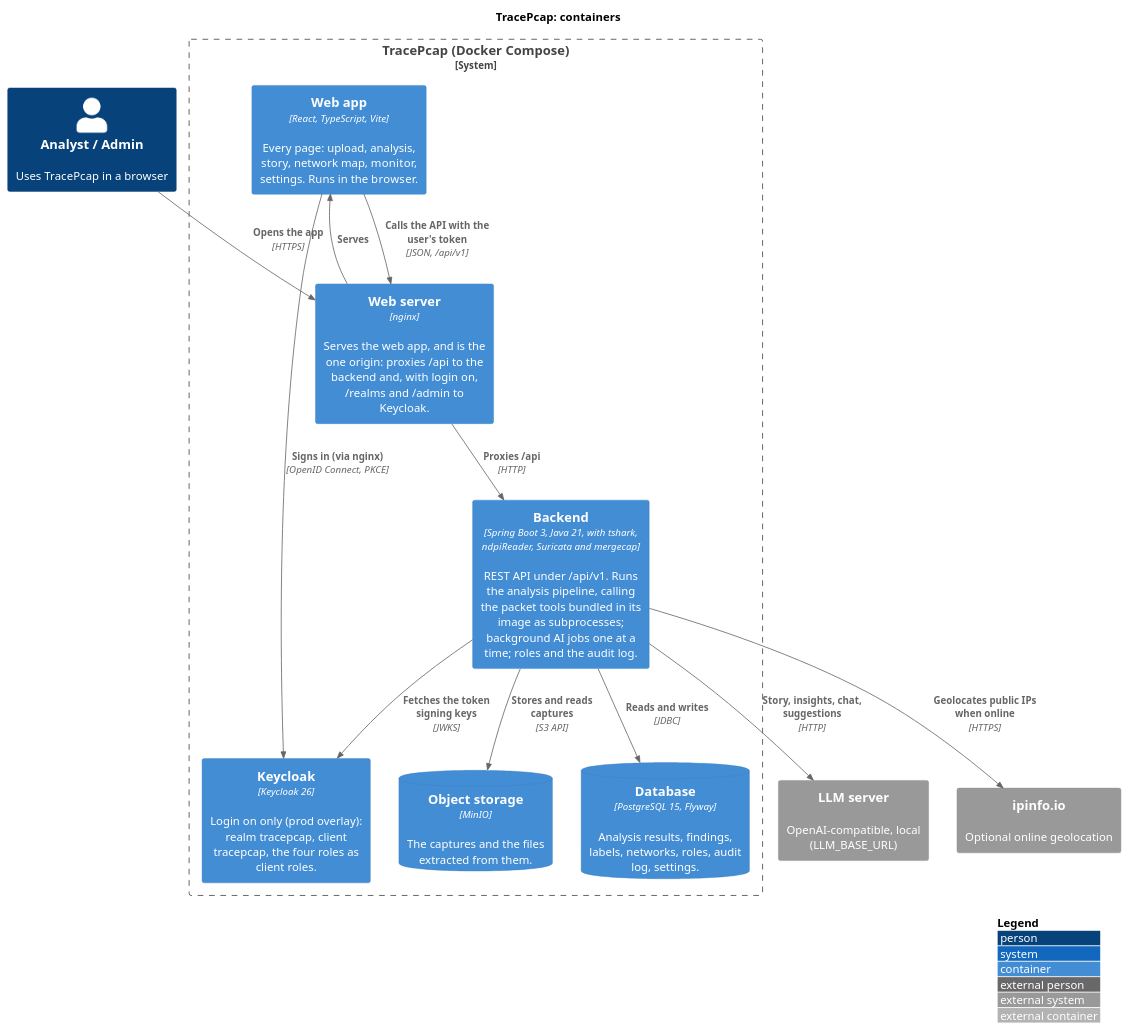
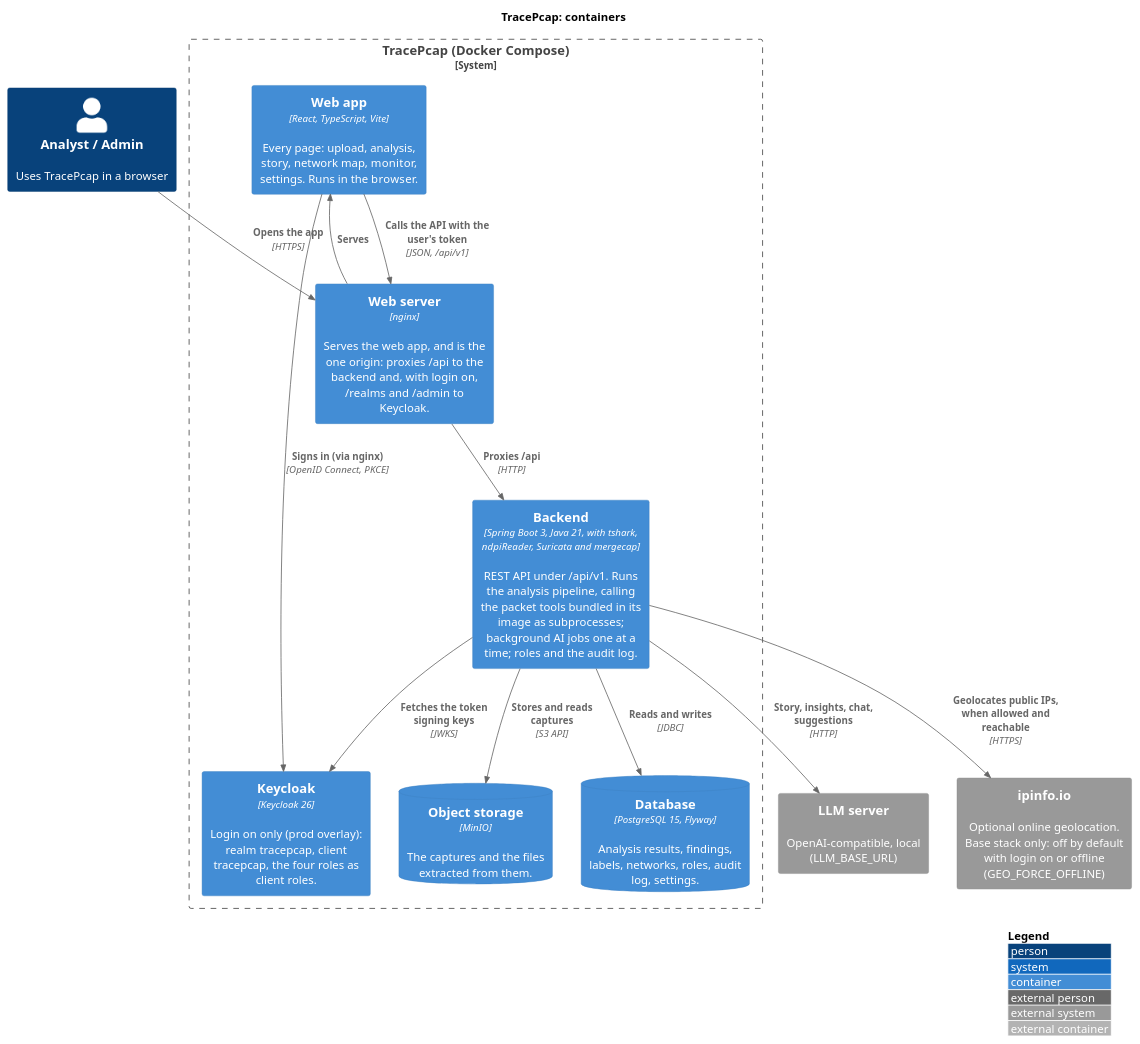
Before and after one commit to NotYuSheng/TracePcap: the diagram in docs/architecture/c4/container.puml, drawn with PlantUML. The commit also changed 2 other files, not shown here.

Commit message:
docs: C4 says ipinfo.io is off by default with login on or offline (GEO_FORCE_OFFLINE)

```diff
--- a/docs/architecture/c4/container.puml
+++ b/docs/architecture/c4/container.puml
@@ -1,34 +1,34 @@
 @startuml container
 ' TracePcap: C4 level 2, containers. Render: scripts/render-diagrams.sh
 ' What runs where: docker-compose.yml (base stack), plus docker-compose.prod.yml for login on.
 !include <C4/C4_Container>
 
 LAYOUT_WITH_LEGEND()
 title TracePcap: containers
 
 Person(analyst, "Analyst / Admin", "Uses TracePcap in a browser")
 
 System_Boundary(tracepcap, "TracePcap (Docker Compose)") {
   Container(spa, "Web app", "React, TypeScript, Vite", "Every page: upload, analysis, story, network map, monitor, settings. Runs in the browser.")
   Container(nginx, "Web server", "nginx", "Serves the web app, and is the one origin: proxies /api to the backend and, with login on, /realms and /admin to Keycloak.")
   Container(backend, "Backend", "Spring Boot 3, Java 21, with tshark, ndpiReader, Suricata and mergecap", "REST API under /api/v1. Runs the analysis pipeline, calling the packet tools bundled in its image as subprocesses; background AI jobs one at a time; roles and the audit log.")
   ContainerDb(postgres, "Database", "PostgreSQL 15, Flyway", "Analysis results, findings, labels, networks, roles, audit log, settings.")
   ContainerDb(minio, "Object storage", "MinIO", "The captures and the files extracted from them.")
   Container(keycloak, "Keycloak", "Keycloak 26", "Login on only (prod overlay): realm tracepcap, client tracepcap, the four roles as client roles.")
 }
 
 System_Ext(llm, "LLM server", "OpenAI-compatible, local (LLM_BASE_URL)")
-System_Ext(ipinfo, "ipinfo.io", "Optional online geolocation")
+System_Ext(ipinfo, "ipinfo.io", "Optional online geolocation. Base stack only: off by default with login on or offline (GEO_FORCE_OFFLINE)")
 
 Rel(analyst, nginx, "Opens the app", "HTTPS")
 Rel(nginx, spa, "Serves")
 Rel(spa, nginx, "Calls the API with the user's token", "JSON, /api/v1")
 Rel(spa, keycloak, "Signs in (via nginx)", "OpenID Connect, PKCE")
 Rel(nginx, backend, "Proxies /api", "HTTP")
 Rel(backend, keycloak, "Fetches the token signing keys", "JWKS")
 Rel(backend, postgres, "Reads and writes", "JDBC")
 Rel(backend, minio, "Stores and reads captures", "S3 API")
 Rel(backend, llm, "Story, insights, chat, suggestions", "HTTP")
-Rel(backend, ipinfo, "Geolocates public IPs when online", "HTTPS")
+Rel(backend, ipinfo, "Geolocates public IPs, when allowed and reachable", "HTTPS")
 
 @enduml
```
